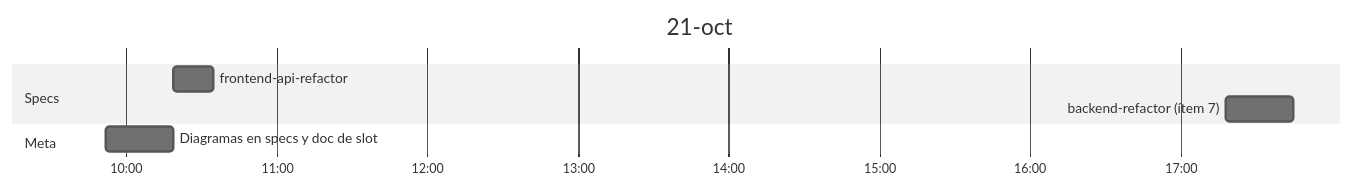
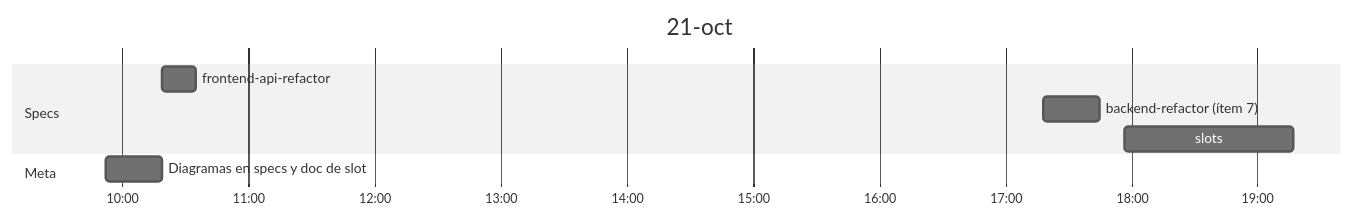
One commit to xaviuzz/prometeuzz changed the fifth of 5 diagrams in harnesses/fotoAlbum/.claude/timeline.md. Above: the diagram before and after it, drawn with Mermaid (neutral theme). The commit also changed other lines of this file, not shown here.

Commit message:
🤖 add slots spec to fotoAlbum timeline

````diff
--- a/harnesses/fotoAlbum/.claude/timeline.md
+++ b/harnesses/fotoAlbum/.claude/timeline.md
@@ -67,11 +67,12 @@
 ```mermaid
 gantt
     title 21-oct
     dateFormat YYYY-MM-DD HH:mm
     axisFormat %H:%M
     section Specs
     frontend-api-refactor               :2026-10-21 10:19, 2026-10-21 10:35
     backend-refactor (ítem 7)           :2026-10-21 17:18, 2026-10-21 17:45
+    slots                               :2026-10-21 17:57, 2026-10-21 19:17
     section Meta
     Diagramas en specs y doc de slot    :2026-10-21 09:52, 2026-10-21 10:19
 ```
````
